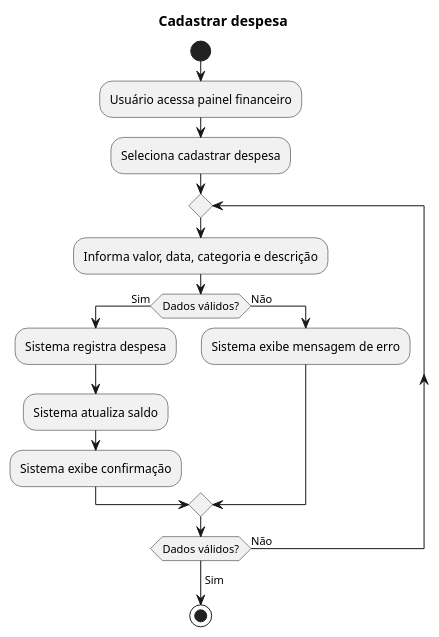
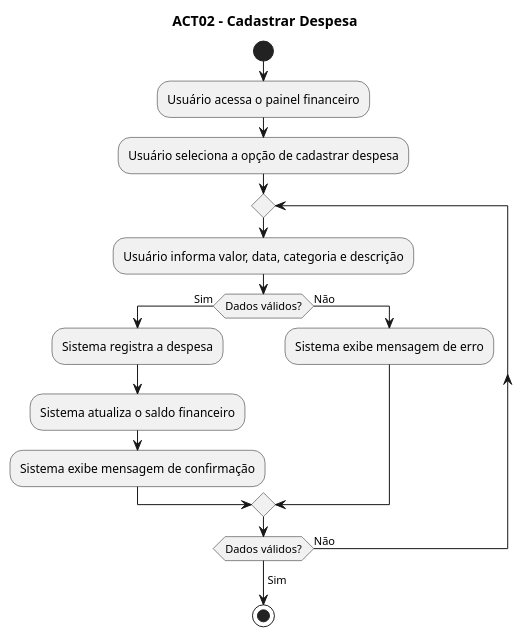
The diagram in docs/modelagem/atividades/cadastrar-despesa.puml (Nathan-Edu/Financa-Facil), drawn with PlantUML before and after one commit.

Commit message:
Refine Cadastrar Despesa diagram with user actions

```diff
--- a/docs/modelagem/atividades/cadastrar-despesa.puml
+++ b/docs/modelagem/atividades/cadastrar-despesa.puml
@@ -1,25 +1,26 @@
 @startuml
 
-title Cadastrar despesa
+title ACT02 - Cadastrar Despesa
 
 start
 
-:Usuário acessa painel financeiro;
-:Seleciona cadastrar despesa;
+:Usuário acessa o painel financeiro;
+:Usuário seleciona a opção de cadastrar despesa;
 
 repeat
-  :Informa valor, data, categoria e descrição;
+  :Usuário informa valor, data, categoria e descrição;
 
   if (Dados válidos?) then (Sim)
-    :Sistema registra despesa;
-    :Sistema atualiza saldo;
-    :Sistema exibe confirmação;
+    :Sistema registra a despesa;
+    :Sistema atualiza o saldo financeiro;
+    :Sistema exibe mensagem de confirmação;
   else (Não)
     :Sistema exibe mensagem de erro;
   endif
 
 repeat while (Dados válidos?) is (Não)
 -> Sim;
 
 stop
+
 @enduml
```
